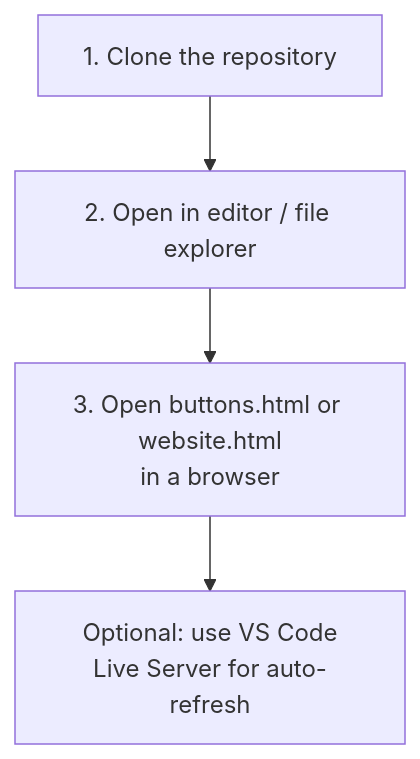
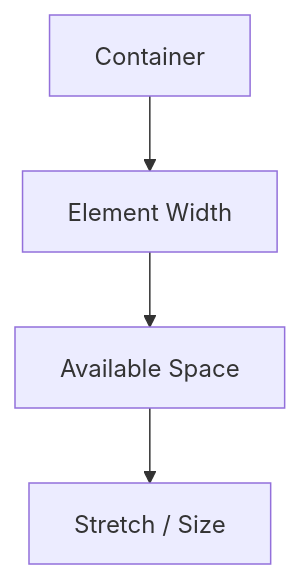
The ninth of 12 diagrams in README.md (Betha-hemanth/HTML-and-CSS), drawn with Mermaid before and after one commit. The commit also changed other lines of this file, not shown here.

````diff
--- a/README.md
+++ b/README.md
@@ -210,6 +275,6 @@
 ```mermaid
 flowchart TD
-    A["1. Clone the repository"] --> B["2. Open in editor / file explorer"]
-    B --> C["3. Open buttons.html or website.html\nin a browser"]
-    C --> D["Optional: use VS Code\nLive Server for auto-refresh"]
+    A["Container"] --> B["Element Width"]
+    B --> C["Available Space"]
+    C --> D["Stretch / Size"]
 ```
````
